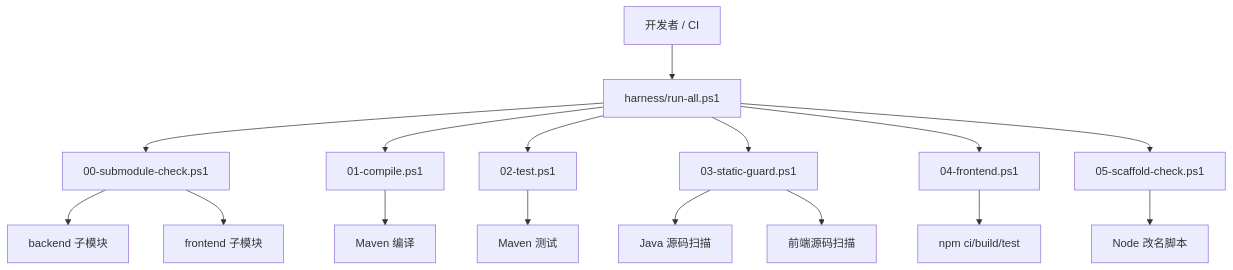
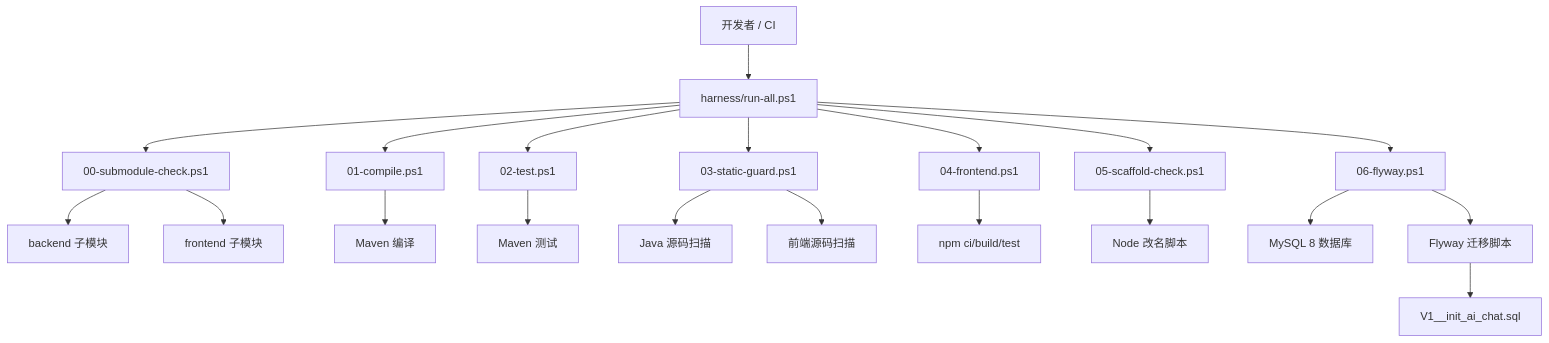
Before and after one commit to luyitiger6/my-first-project: the tenth of 13 diagrams in .qoder/repowiki/zh/content/自动化验证/闸门系统概述.md, drawn with Mermaid. The commit also changed other lines of this file and 38 other files, not shown here.

````diff
--- a/.qoder/repowiki/zh/content/自动化验证/闸门系统概述.md
+++ b/.qoder/repowiki/zh/content/自动化验证/闸门系统概述.md
@@ -286,18 +333,22 @@
 ```mermaid
 graph TB
 User["开发者 / CI"] --> HarnessEntry["harness/run-all.ps1"]
 HarnessEntry --> Submodule["00-submodule-check.ps1"]
 HarnessEntry --> Compile["01-compile.ps1"]
 HarnessEntry --> Test["02-test.ps1"]
 HarnessEntry --> StaticGuard["03-static-guard.ps1"]
 HarnessEntry --> Frontend["04-frontend.ps1"]
 HarnessEntry --> Scaffold["05-scaffold-check.ps1"]
+HarnessEntry --> Flyway["06-flyway.ps1"]
 Submodule --> BackendSub["backend 子模块"]
 Submodule --> FrontendSub["frontend 子模块"]
 Compile --> Maven["Maven 编译"]
 Test --> MavenTests["Maven 测试"]
 StaticGuard --> JavaSources["Java 源码扫描"]
 StaticGuard --> FrontendSources["前端源码扫描"]
 Frontend --> Npm["npm ci/build/test"]
 Scaffold --> NodeRename["Node 改名脚本"]
+Flyway --> MySQL["MySQL 8 数据库"]
+Flyway --> Migration["Flyway 迁移脚本"]
+Migration --> V1SQL["V1__init_ai_chat.sql"]
 ```
````
